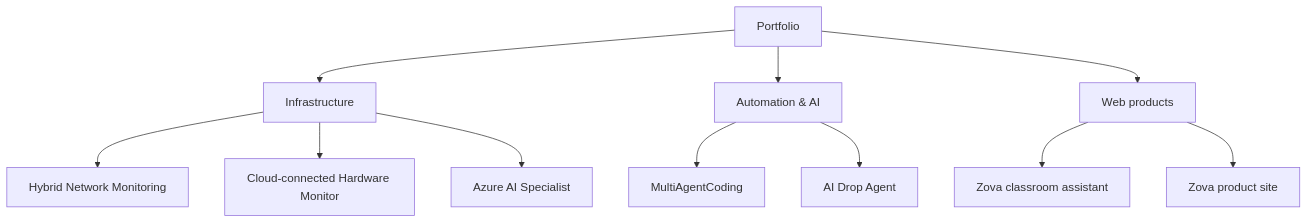
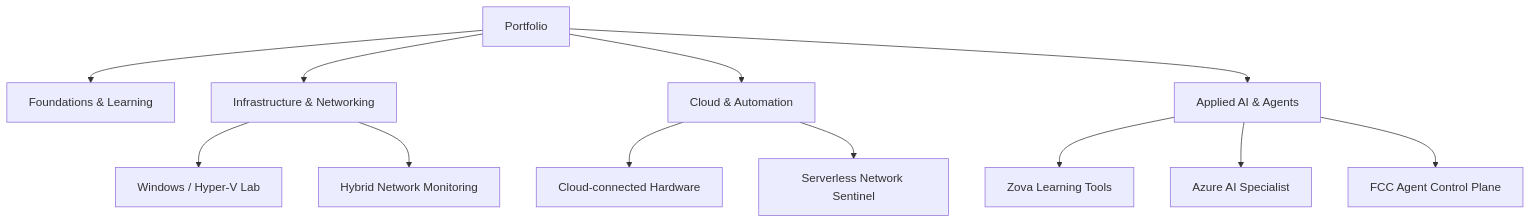
One commit to Vahid-Rahmani/vahid-portfolio changed the first of 2 diagrams in README.md. Above: the diagram before and after it, drawn with Mermaid. The commit also changed other lines of this file, not shown here.

Commit message:
docs(portfolio): clean project map and remove duplicate entries

````diff
--- a/README.md
+++ b/README.md
@@ -28,13 +28,14 @@
 ```mermaid
 flowchart TB
-    P[Portfolio] --> I[Infrastructure]
-    P --> A[Automation & AI]
-    P --> W[Web products]
+    P[Portfolio] --> F[Foundations & Learning]
+    P --> I[Infrastructure & Networking]
+    P --> C[Cloud & Automation]
+    P --> A[Applied AI & Agents]
+    I --> L[Windows / Hyper-V Lab]
     I --> M[Hybrid Network Monitoring]
-    I --> H[Cloud-connected Hardware Monitor]
-    I --> AZ[Azure AI Specialist]
-    A --> MA[MultiAgentCoding]
-    A --> D[AI Drop Agent]
-    W --> Z[Zova classroom assistant]
-    W --> S[Zova product site]
+    C --> H[Cloud-connected Hardware]
+    C --> S[Serverless Network Sentinel]
+    A --> Z[Zova Learning Tools]
+    A --> AZ[Azure AI Specialist]
+    A --> FCC[FCC Agent Control Plane]
 ```
````
